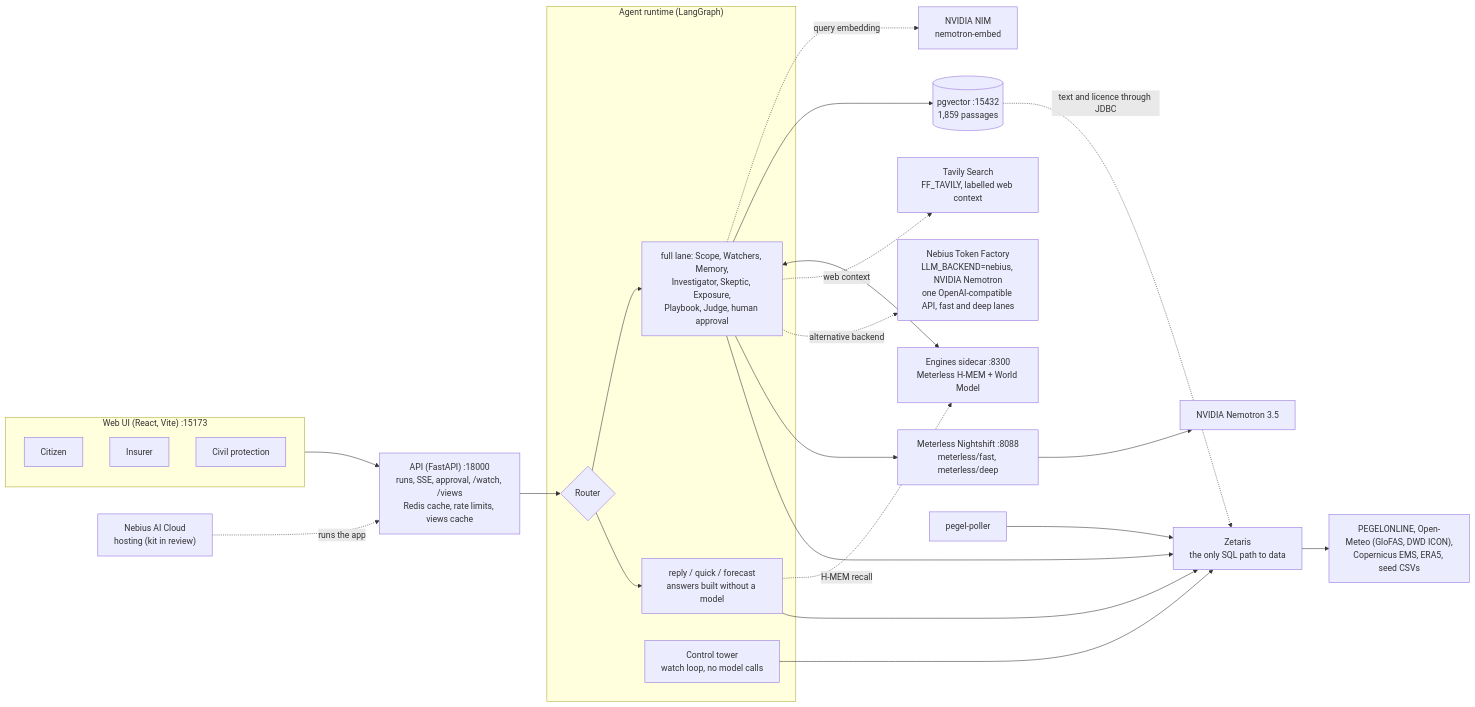
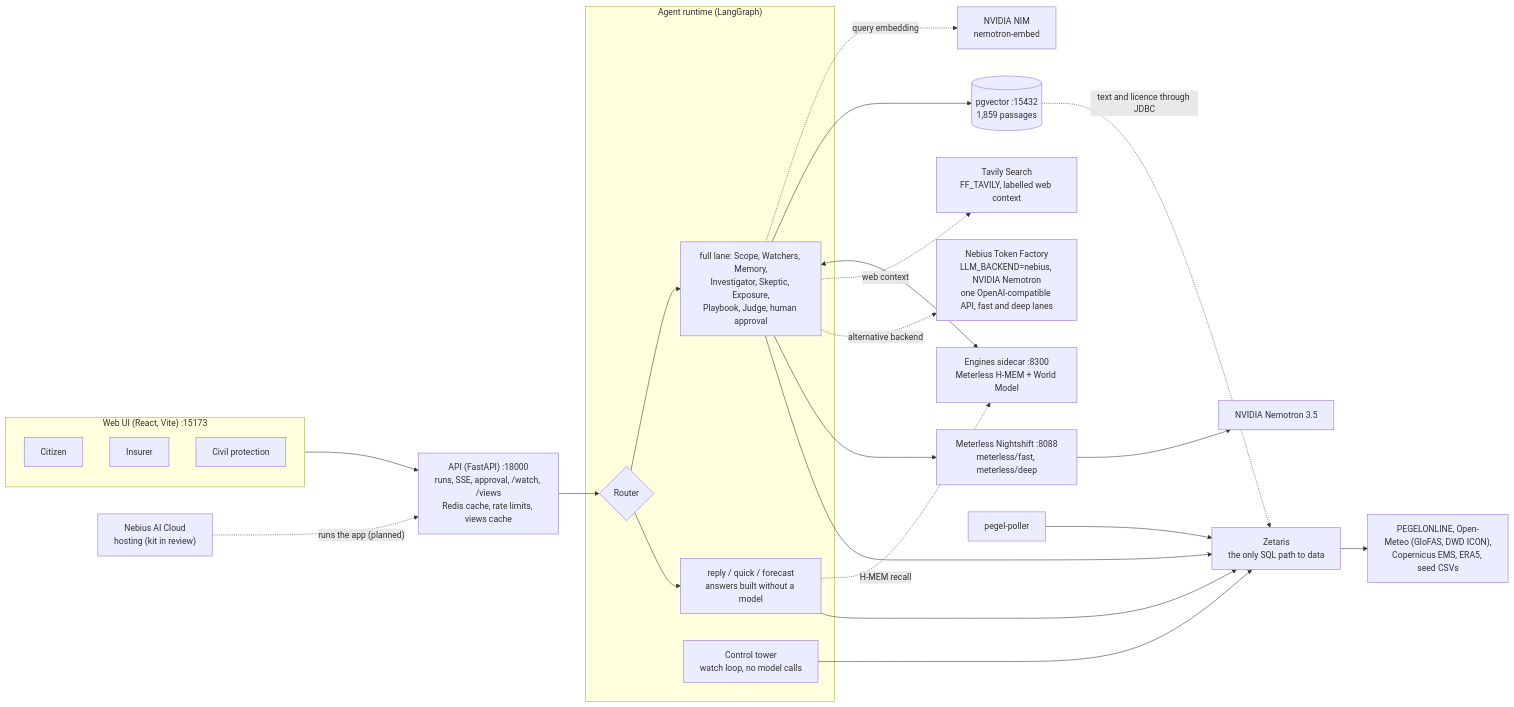
Before and after one commit to GenAI-Open-Agent-Hackathon/FloodSenseEU-Hackathon-Monorepo: the diagram in README.md, drawn with Mermaid. The commit also changed 2 other files, not shown here.

Commit message:
docs: address review nits on Nebius submission pack

````diff
--- a/README.md
+++ b/README.md
@@ -23,43 +23,43 @@
 ```mermaid
 flowchart LR
   subgraph Desks["Web UI (React, Vite) :15173"]
     CIT[Citizen]
     INS[Insurer]
     OPS[Civil protection]
   end
   API["API (FastAPI) :18000<br/>runs, SSE, approval, /watch, /views<br/>Redis cache, rate limits, views cache"]
   subgraph AG["Agent runtime (LangGraph)"]
     ROUTER{Router}
     LANES["reply / quick / forecast<br/>answers built without a model"]
     FULL["full lane: Scope, Watchers, Memory,<br/>Investigator, Skeptic, Exposure,<br/>Playbook, Judge, human approval"]
     TOWER["Control tower<br/>watch loop, no model calls"]
   end
   ENG["Engines sidecar :8300<br/>Meterless H-MEM + World Model"]
   NS["Meterless Nightshift :8088<br/>meterless/fast, meterless/deep"]
   NEM["NVIDIA Nemotron 3.5"]
   TF["Nebius Token Factory<br/>LLM_BACKEND=nebius, NVIDIA Nemotron<br/>one OpenAI-compatible API, fast and deep lanes"]
   TAV["Tavily Search<br/>FF_TAVILY, labelled web context"]
   HOST["Nebius AI Cloud<br/>hosting (kit in review)"]
   PGV[("pgvector :15432<br/>1,859 passages")]
   NIM["NVIDIA NIM<br/>nemotron-embed"]
   ZET["Zetaris<br/>the only SQL path to data"]
   SRC["PEGELONLINE, Open-Meteo (GloFAS, DWD ICON),<br/>Copernicus EMS, ERA5, seed CSVs"]
   POLL["pegel-poller"]
   Desks --> API --> ROUTER
   ROUTER --> LANES
   ROUTER --> FULL
   TOWER --> ZET
   LANES --> ZET
   FULL --> ZET
   FULL --> NS --> NEM
   FULL -. "alternative backend" .-> TF
   FULL -. "web context" .-> TAV
-  HOST -. "runs the app" .-> API
+  HOST -. "runs the app (planned)" .-> API
   FULL <--> ENG
   LANES -. "H-MEM recall" .-> ENG
   FULL --> PGV
   PGV -. "text and licence through JDBC" .-> ZET
   FULL -. "query embedding" .-> NIM
   ZET --> SRC
   POLL --> ZET
 ```
````
